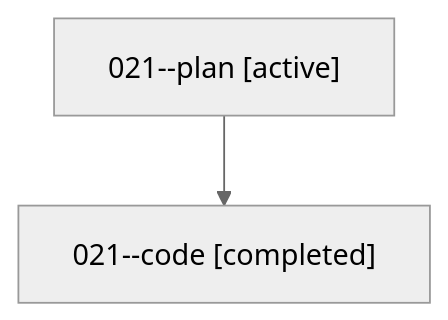
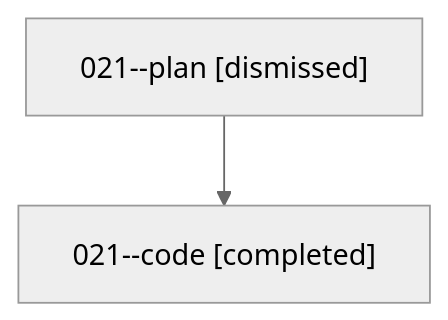
Before and after one commit to bobs-org/bob-cli--agents: the diagram in sessions/bbugyi200.athena.021.md, drawn with Mermaid (neutral theme). The commit also changed other lines of this file and 16 other files, not shown here.

````diff
--- a/sessions/bbugyi200.athena.021.md
+++ b/sessions/bbugyi200.athena.021.md
@@ -9,6 +9,6 @@
 ```mermaid
 flowchart TD
-  n0["021--plan [active]"]
+  n0["021--plan [dismissed]"]
   n1["021--code [completed]"]
   n0 --> n1
 ```
````
